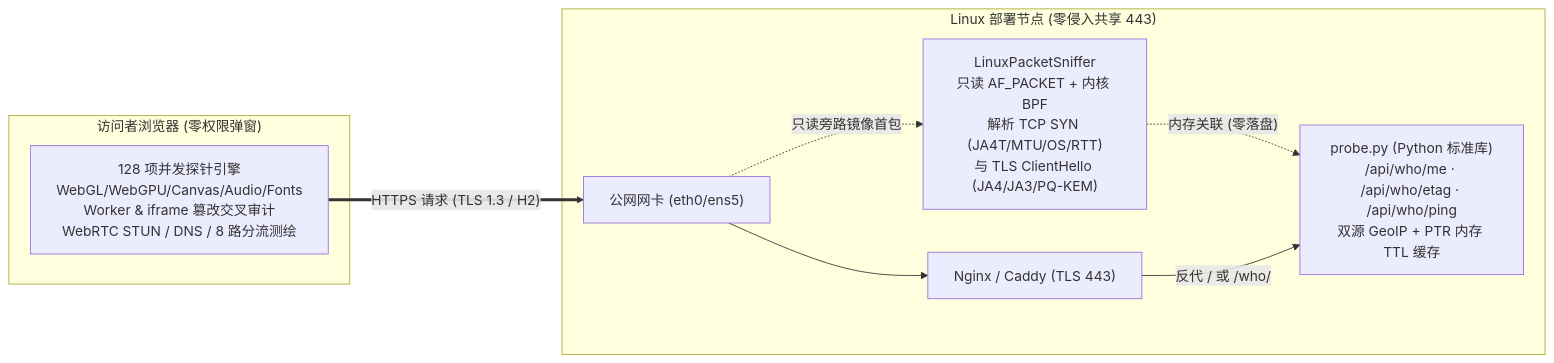
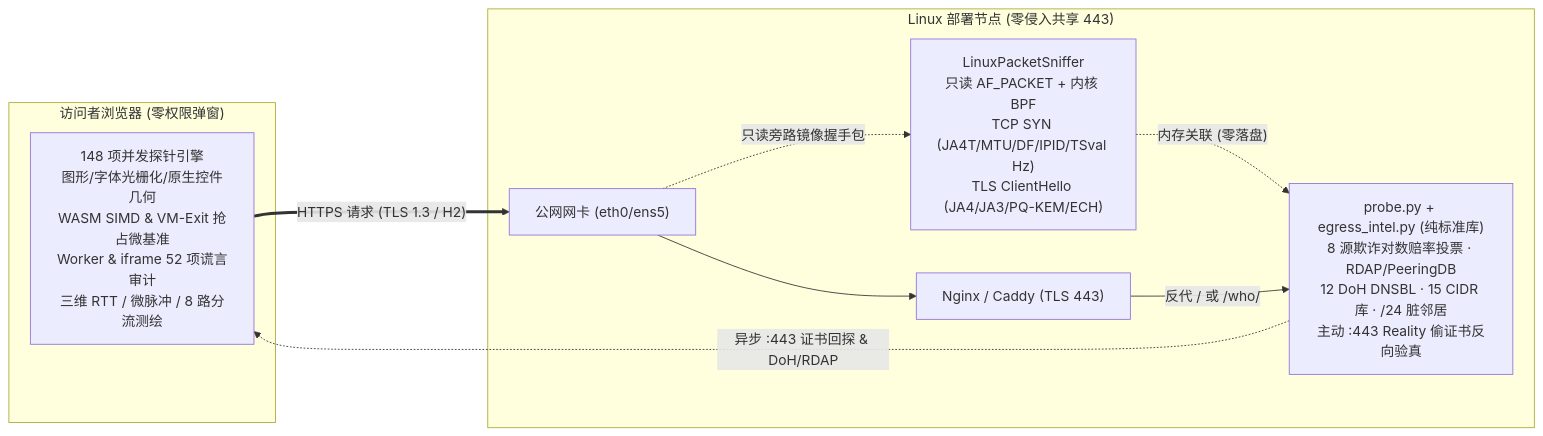
One commit to zzusec/whoprobe changed the diagram in README.md. Above: the diagram before and after it, drawn with Mermaid. The commit also changed other lines of this file and 9 other files, not shown here.

Commit message:
feat: release WhoProbe v6.0 (148 probes, :443 Reality back-probe, 8-source BGP/DNSBL egress intel & 6 scenario meters)

````diff
--- a/README.md
+++ b/README.md
@@ -28,19 +29,20 @@
 ```mermaid
 flowchart LR
   subgraph Client["访问者浏览器 (零权限弹窗)"]
-    JS["128 项并发探针引擎\nWebGL/WebGPU/Canvas/Audio/Fonts\nWorker & iframe 篡改交叉审计\nWebRTC STUN / DNS / 8 路分流测绘"]
+    JS["148 项并发探针引擎\n图形/字体光栅化/原生控件几何\nWASM SIMD & VM-Exit 抢占微基准\nWorker & iframe 52 项谎言审计\n三维 RTT / 微脉冲 / 8 路分流测绘"]
   end
 
   subgraph Edge["Linux 部署节点 (零侵入共享 443)"]
     NIC["公网网卡 (eth0/ens5)"]
     NGX["Nginx / Caddy (TLS 443)"]
-    BPF["LinuxPacketSniffer\n只读 AF_PACKET + 内核 BPF\n解析 TCP SYN (JA4T/MTU/OS/RTT)\n与 TLS ClientHello (JA4/JA3/PQ-KEM)"]
-    APP["probe.py (Python 标准库)\n/api/who/me · /api/who/etag · /api/who/ping\n双源 GeoIP + PTR 内存 TTL 缓存"]
+    BPF["LinuxPacketSniffer\n只读 AF_PACKET + 内核 BPF\nTCP SYN (JA4T/MTU/DF/IPID/TSval Hz)\nTLS ClientHello (JA4/JA3/PQ-KEM/ECH)"]
+    APP["probe.py + egress_intel.py (纯标准库)\n8 源欺诈对数赔率投票 · RDAP/PeeringDB\n12 DoH DNSBL · 15 CIDR 库 · /24 脏邻居\n主动 :443 Reality 偷证书反向验真"]
   end
 
   JS == "HTTPS 请求 (TLS 1.3 / H2)" ==> NIC
   NIC --> NGX
-  NIC -. "只读旁路镜像首包" .-> BPF
+  NIC -. "只读旁路镜像握手包" .-> BPF
   BPF -. "内存关联 (零落盘)" .-> APP
   NGX -- "反代 / 或 /who/" --> APP
+  APP -. "异步 :443 证书回探 & DoH/RDAP" .-> JS
 ```
````
